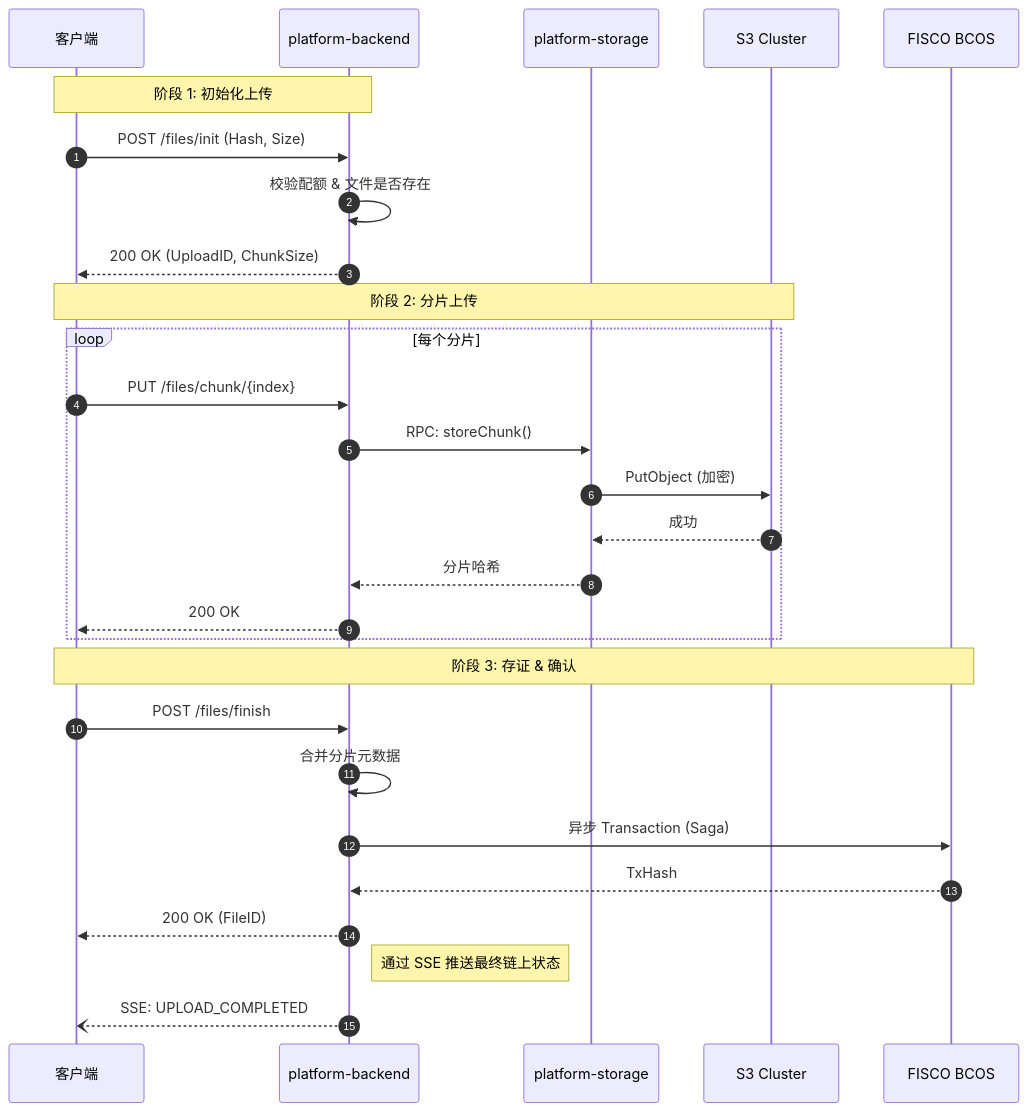
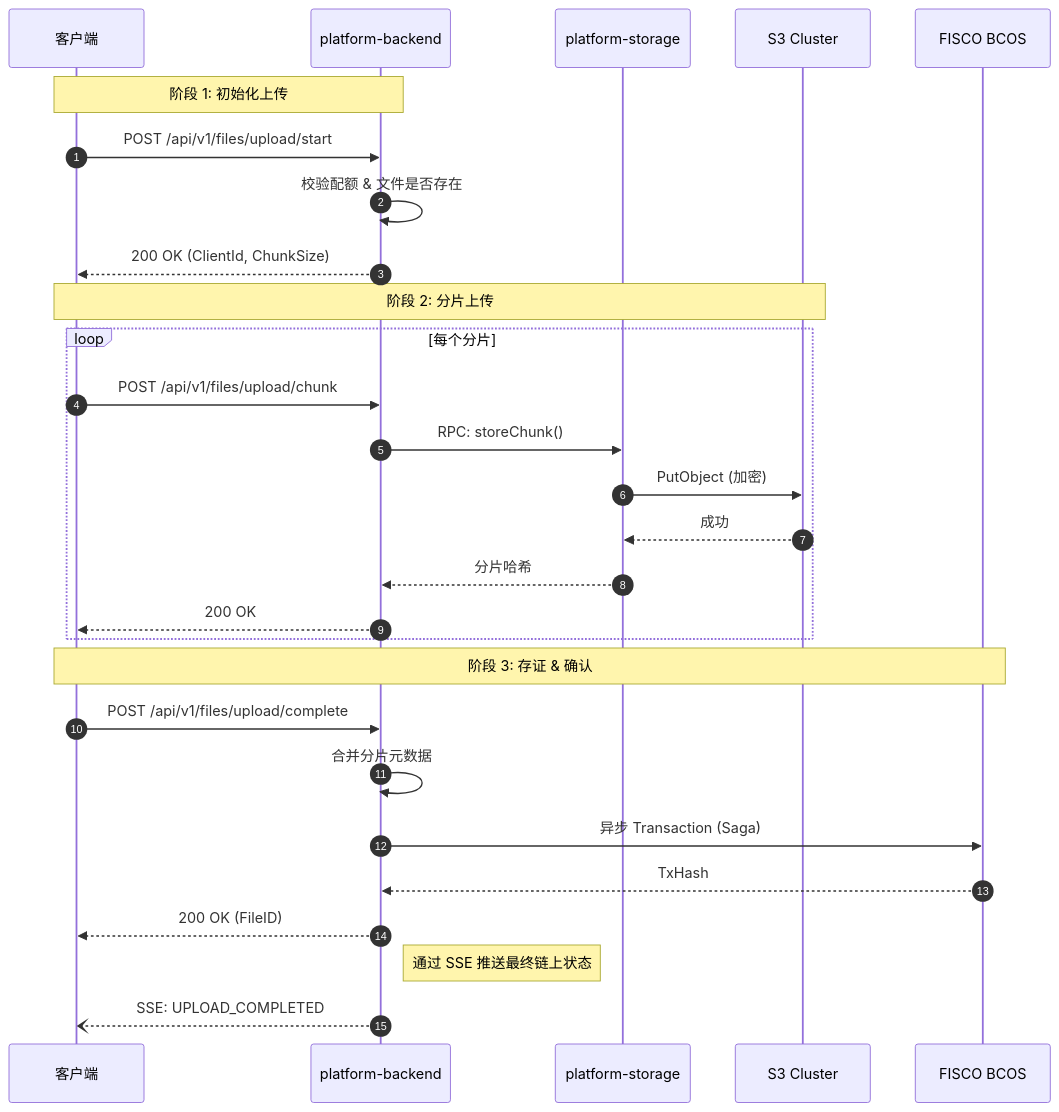
The second of 9 diagrams in docs/zh/architecture/system-overview.md (SoarCollab/RecordPlatform), drawn with Mermaid before and after one commit. The commit also changed other lines of this file and 5 other files, not shown here.

Commit message:
docs: align API docs with backend controllers

````diff
--- a/docs/zh/architecture/system-overview.md
+++ b/docs/zh/architecture/system-overview.md
@@ -101,35 +101,35 @@
 ```mermaid
 sequenceDiagram
     autonumber
 
     participant Client as 客户端
     participant Backend as platform-backend
     participant Storage as platform-storage
     participant S3 as S3 Cluster
     participant Chain as FISCO BCOS
 
     Note over Client, Backend: 阶段 1: 初始化上传
-    Client->>Backend: POST /files/init (Hash, Size)
+    Client->>Backend: POST /api/v1/files/upload/start
     Backend->>Backend: 校验配额 & 文件是否存在
-    Backend-->>Client: 200 OK (UploadID, ChunkSize)
+    Backend-->>Client: 200 OK (ClientId, ChunkSize)
 
     Note over Client, S3: 阶段 2: 分片上传
     loop 每个分片
-        Client->>Backend: PUT /files/chunk/{index}
+        Client->>Backend: POST /api/v1/files/upload/chunk
         Backend->>Storage: RPC: storeChunk()
         Storage->>S3: PutObject (加密)
         S3-->>Storage: 成功
         Storage-->>Backend: 分片哈希
         Backend-->>Client: 200 OK
     end
 
     Note over Client, Chain: 阶段 3: 存证 & 确认
-    Client->>Backend: POST /files/finish
+    Client->>Backend: POST /api/v1/files/upload/complete
     Backend->>Backend: 合并分片元数据
     Backend->>Chain: 异步 Transaction (Saga)
     Chain-->>Backend: TxHash
     Backend-->>Client: 200 OK (FileID)
 
     Note right of Backend: 通过 SSE 推送最终链上状态
     Backend--)Client: SSE: UPLOAD_COMPLETED
 ```
````
